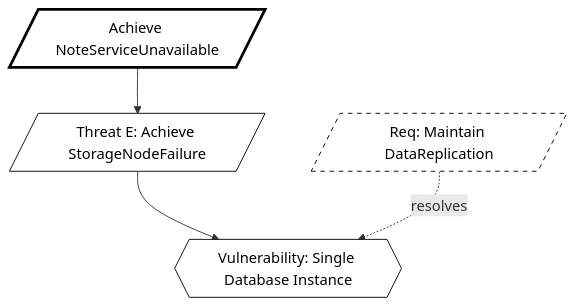
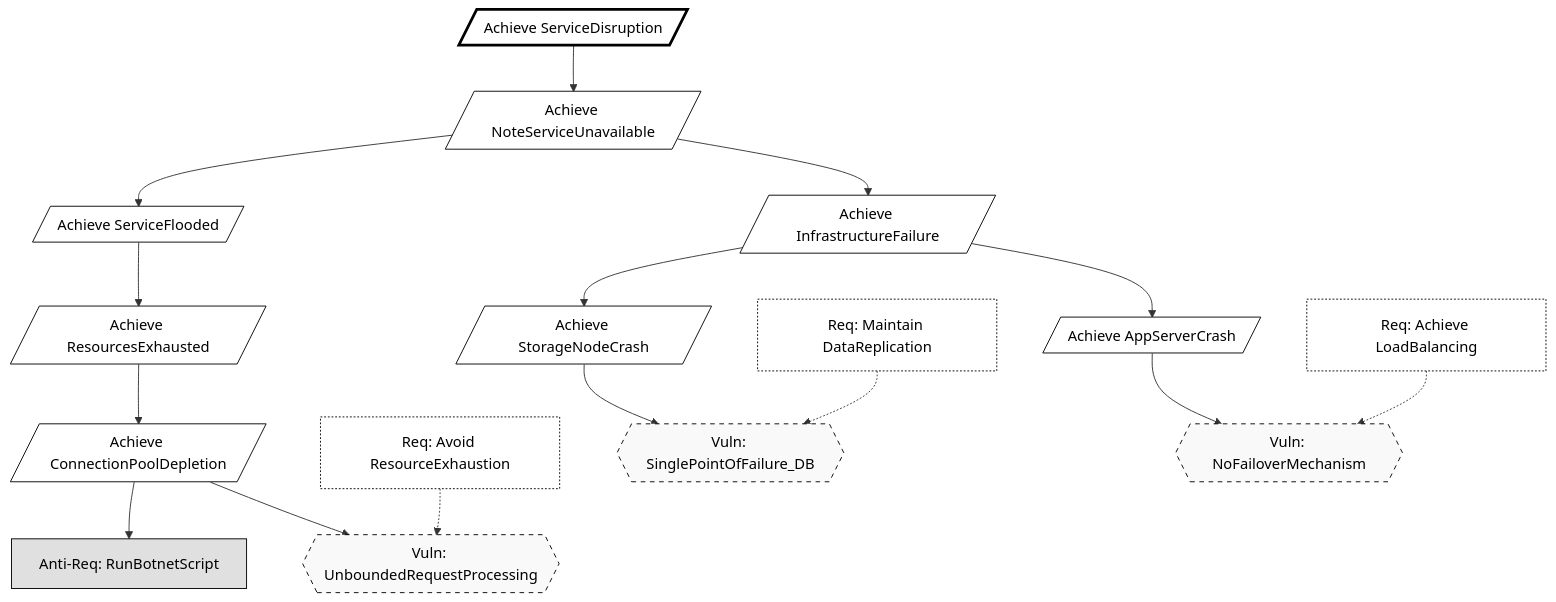
Before and after one commit to StefanB07/Secure-Notes-App: the third of 3 diagrams in KAOS.md, drawn with Mermaid. The commit also changed other lines of this file, not shown here.

Commit message:
Add availability diagram

````diff
--- a/KAOS.md
+++ b/KAOS.md
@@ -282,26 +296,72 @@
 ```mermaid
 graph TD
-    %% --- STYLING (Black & White KAOS Style) ---
-    classDef default fill:#fff,stroke:#000,stroke-width:1px,color:#000;
-    classDef boldBorder fill:#fff,stroke:#000,stroke-width:3px,color:#000;
-    classDef dashed fill:#fff,stroke:#000,stroke-width:1px,stroke-dasharray: 5 5,color:#000;
+    %% --- STYLING ---
+    classDef root fill:#fff,stroke:#000,stroke-width:3px,color:#000;
+    classDef goal fill:#fff,stroke:#000,stroke-width:1px,color:#000;
+    classDef antiReq fill:#e0e0e0,stroke:#000,stroke-width:1px,color:#000;
+    classDef vuln fill:#f9f9f9,stroke:#000,stroke-width:1px,stroke-dasharray: 5 5,color:#000;
+    classDef cm fill:#fff,stroke:#000,stroke-width:1px,stroke-dasharray: 2 2,color:#000;
 
-    %% --- ROOT ANTI-GOAL ---
-    AG_Root[/Achieve NoteServiceUnavailable/]:::boldBorder
+    %% ==========================================
+    %% STRATEGIC ROOTS
+    %% ==========================================
+    AG_Root[/Achieve ServiceDisruption/]:::root
+    
+    %% ==========================================
+    %% INITIAL ANTI-GOAL
+    %% ==========================================
+    AG_Unavailable[/Achieve NoteServiceUnavailable/]:::goal
+    AG_Root --> AG_Unavailable
 
-    %% --- THREATS ---
-    AG_Fail[/Threat E: Achieve StorageNodeFailure/]
+    %% ==========================================
+    %% BRANCH 1: ACTIVE ATTACKS (Deep Refinement)
+    %% ==========================================
+    %% The attacker must choose a strategy to take down the service.
+    
+    AG_DoS[/Achieve ServiceFlooded/]:::goal
+    AG_Unavailable --> AG_DoS
 
-    %% Connect Root to Threat
-    AG_Root --> AG_Fail
+    AG_Exhaust[/Achieve ResourcesExhausted/]:::goal
+    AG_DoS --> AG_Exhaust
 
-    %% --- VULNERABILITIES ---
-    Vuln_SPOF{{Vulnerability: Single Database Instance}}
+    %% Deepening the specific resource attack
+    AG_Pool[/Achieve ConnectionPoolDepletion/]:::goal
+    AG_Exhaust --> AG_Pool
 
-    AG_Fail --> Vuln_SPOF
+    AR_Flood[Anti-Req: RunBotnetScript]:::antiReq
+    Vuln_NoLimit{{Vuln: UnboundedRequestProcessing}}:::vuln
+    
+    AG_Pool --> AR_Flood
+    AG_Pool --> Vuln_NoLimit
 
-    %% --- COUNTERMEASURES ---
-    CM_Repl[/Req: Maintain DataReplication/]:::dashed
+    CM_RateLimit[Req: Avoid ResourceExhaustion]:::cm
+    CM_RateLimit -.-> Vuln_NoLimit
 
-    CM_Repl -. resolves .-> Vuln_SPOF
+    %% ==========================================
+    %% BRANCH 2: PASSIVE FAILURES (Infrastructure)
+    %% ==========================================
+    %% These are naturally shallower but we group them logically.
+    
+    AG_Infra[/Achieve InfrastructureFailure/]:::goal
+    AG_Unavailable --> AG_Infra
+
+    %% --- THREAT G: STORAGE FAILURE ---
+    AG_Storage[/Achieve StorageNodeCrash/]:::goal
+    AG_Infra --> AG_Storage
+
+    Vuln_SPOF{{Vuln: SinglePointOfFailure_DB}}:::vuln
+    AG_Storage --> Vuln_SPOF
+
+    CM_Replica[Req: Maintain DataReplication]:::cm
+    CM_Replica -.-> Vuln_SPOF
+
+    %% --- THREAT H: COMPUTE FAILURE ---
+    AG_Compute[/Achieve AppServerCrash/]:::goal
+    AG_Infra --> AG_Compute
+
+    Vuln_StaticIP{{Vuln: NoFailoverMechanism}}:::vuln
+    AG_Compute --> Vuln_StaticIP
+
+    CM_LB[Req: Achieve LoadBalancing]:::cm
+    CM_LB -.-> Vuln_StaticIP
 ```
````
